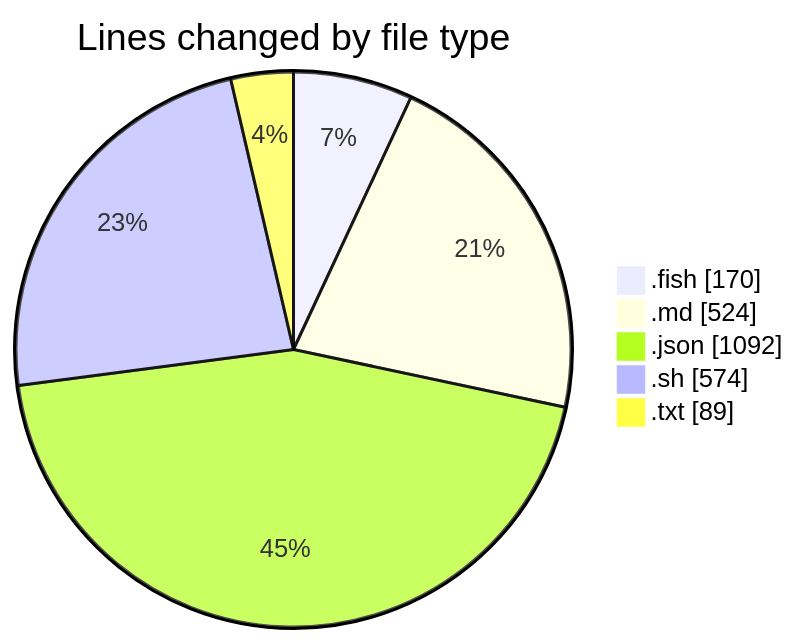
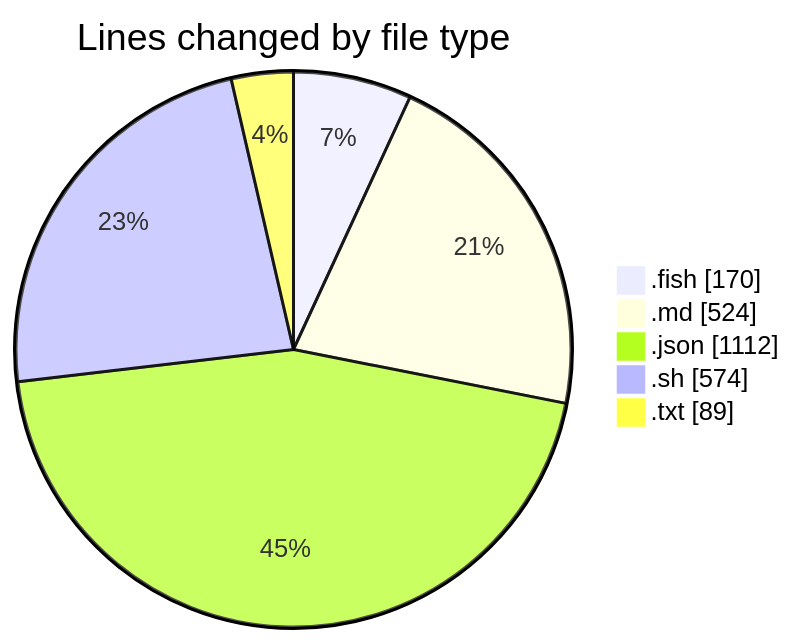
Before and after one commit to EIIisD/code-tracking: the first of 2 diagrams in 2025-07-10/fish/README.md, drawn with Mermaid. The commit also changed other lines of this file and 1 other file, not shown here.

````diff
--- a/2025-07-10/fish/README.md
+++ b/2025-07-10/fish/README.md
@@ -25,9 +25,9 @@
 ```mermaid
 pie showData
 title Lines changed by file type
 ".fish" : 170
 ".md" : 524
-".json" : 1092
+".json" : 1112
 ".sh" : 574
 ".txt" : 89
 ```
````
